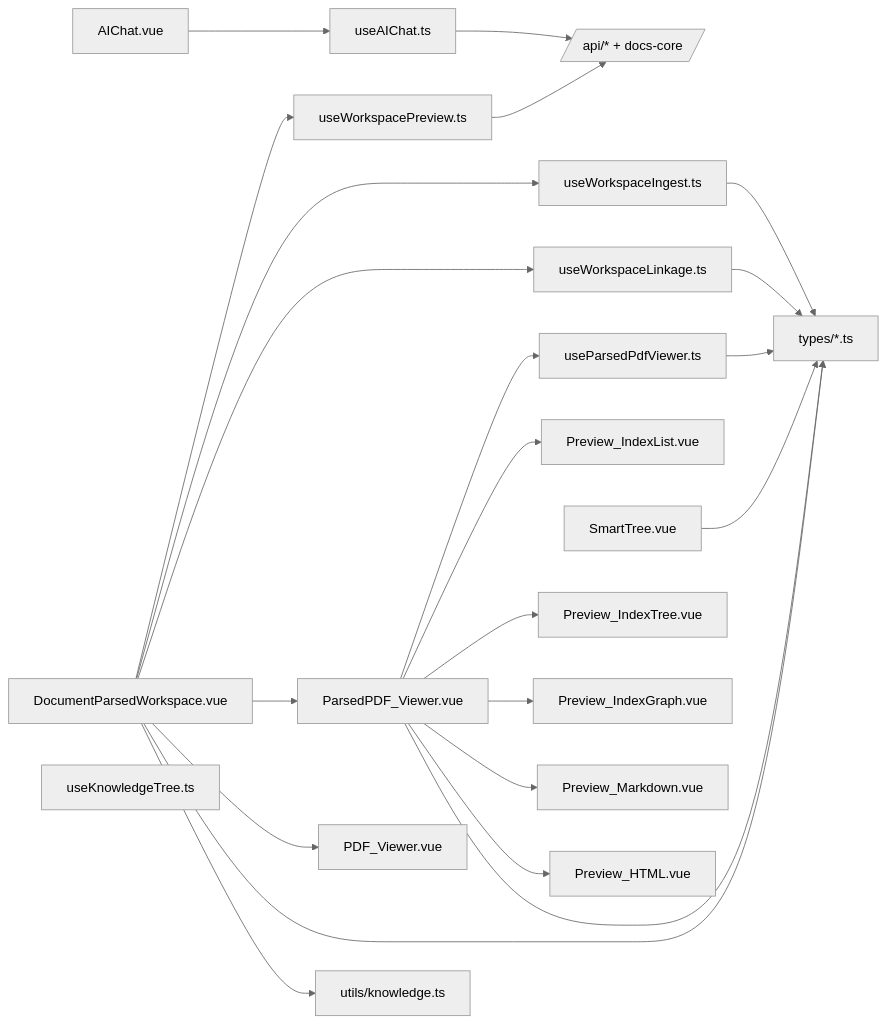
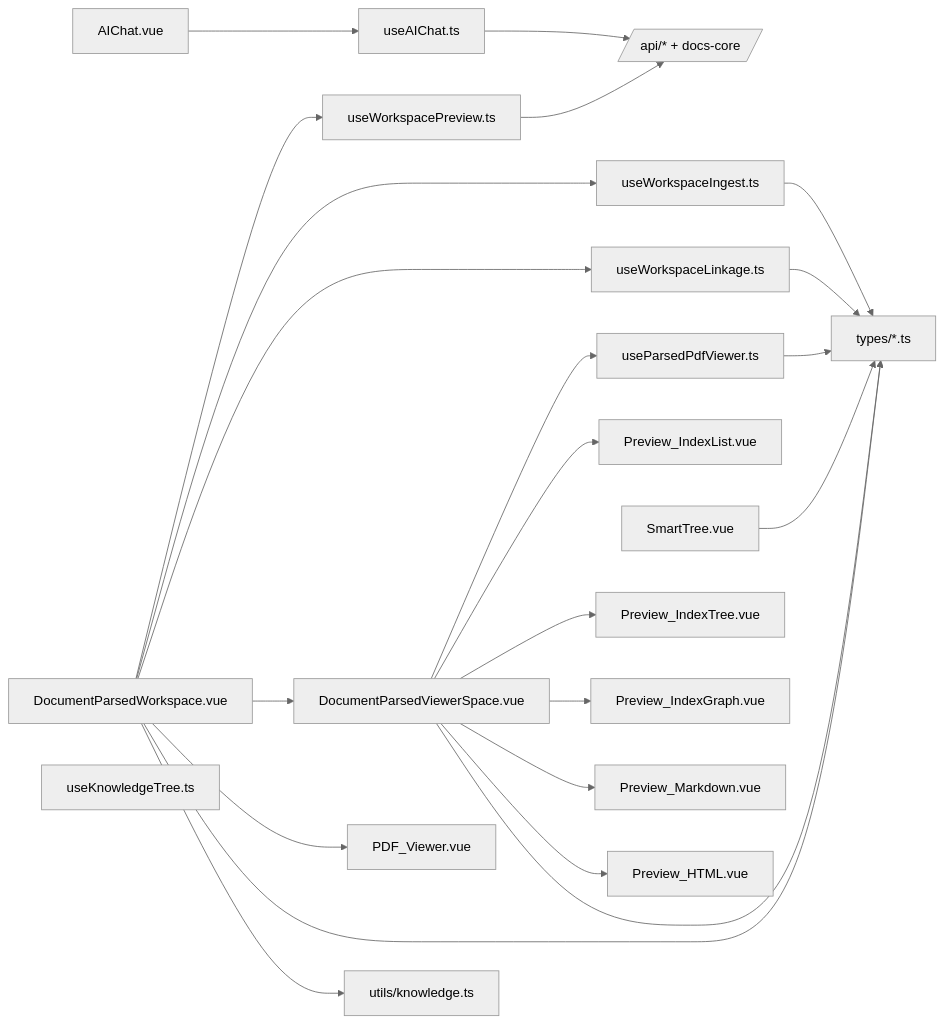
One commit to 0mao0/AnGIneer changed the third of 3 diagrams in README.md. Above: the diagram before and after it, drawn with Mermaid (neutral theme). The commit also changed other lines of this file and 23 other files, not shown here.

````diff
--- a/README.md
+++ b/README.md
@@ -456,49 +456,49 @@
 ```mermaid
 graph LR
   W[DocumentParsedWorkspace.vue]
-  R[ParsedPDF_Viewer.vue]
+  R[DocumentParsedViewerSpace.vue]
   V[PDF_Viewer.vue]
   IL[Preview_IndexList.vue]
   IT[Preview_IndexTree.vue]
   IG[Preview_IndexGraph.vue]
   PM[Preview_Markdown.vue]
   PH[Preview_HTML.vue]
   ST[SmartTree.vue]
   AC[AIChat.vue]
 
   WP[useWorkspacePreview.ts]
   WI[useWorkspaceIngest.ts]
   WL[useWorkspaceLinkage.ts]
   PV[useParsedPdfViewer.ts]
   KT[useKnowledgeTree.ts]
   UA[useAIChat.ts]
 
   TY[types/*.ts]
   UT[utils/knowledge.ts]
   AP[/api/* + docs-core/]
 
   W --> WP
   W --> WI
   W --> WL
   W --> R
   W --> V
   W --> TY
   W --> UT
 
   R --> PV
   R --> IL
   R --> IT
   R --> IG
   R --> PM
   R --> PH
   R --> TY
 
   ST --> TY
   AC --> UA
   PV --> TY
   WI --> TY
   WL --> TY
 
   UA --> AP
   WP --> AP
 ```
````
